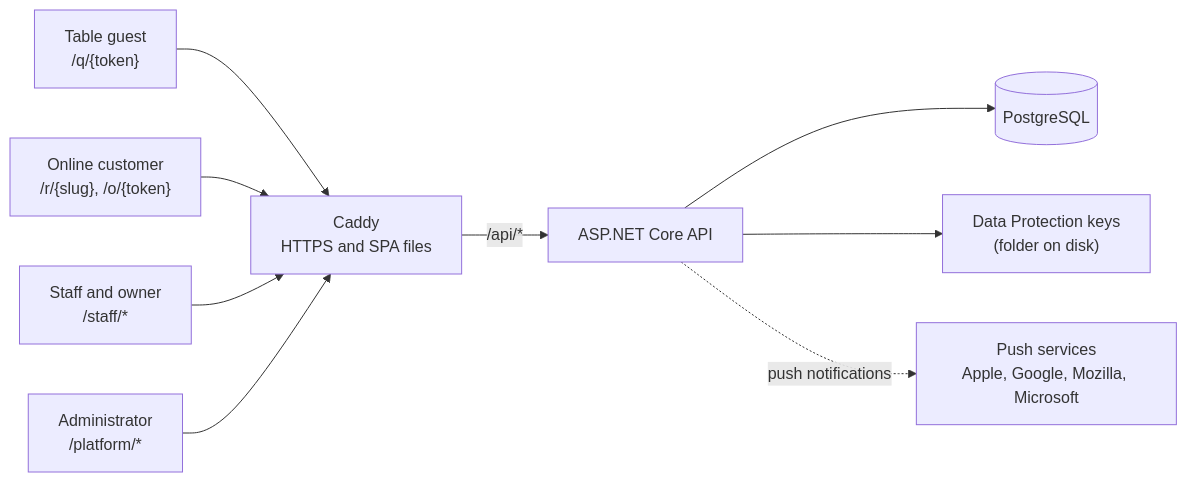
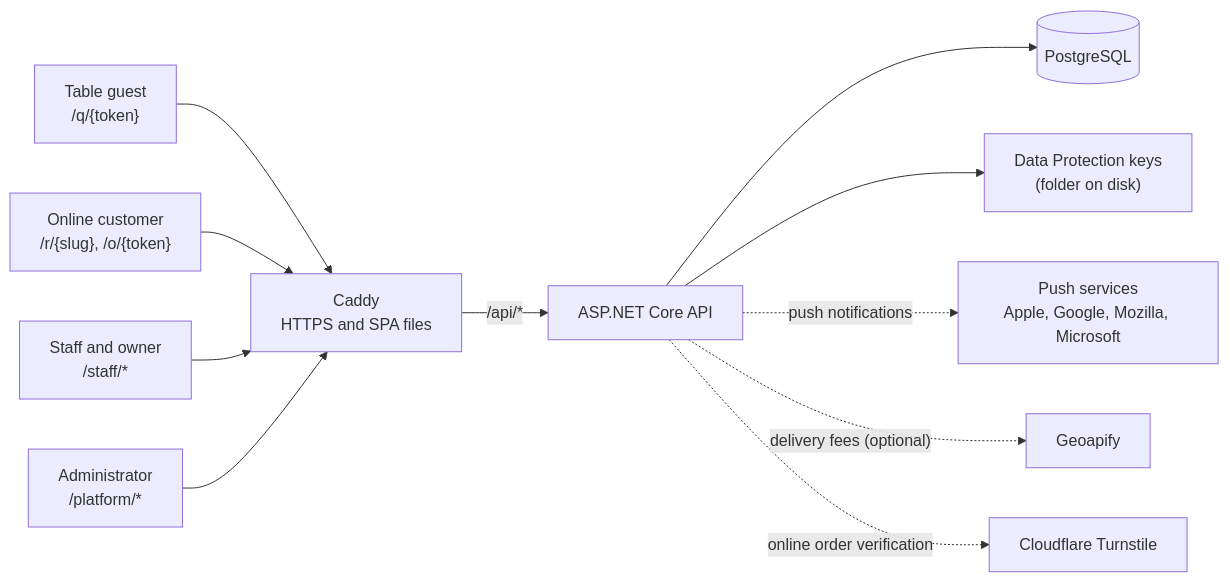
One commit to lorenzoyang/TavoloFlow changed the first of 5 diagrams in docs/en/development-notes.md. Above: the diagram before and after it, drawn with Mermaid. The commit also changed other lines of this file and 19 other files, not shown here.

````diff
--- a/docs/en/development-notes.md
+++ b/docs/en/development-notes.md
@@ -107,11 +107,13 @@
 ```mermaid
 flowchart LR
   G["Table guest<br>/q/{token}"] --> C
   O["Online customer<br>/r/{slug}, /o/{token}"] --> C
   S["Staff and owner<br>/staff/*"] --> C
   P["Administrator<br>/platform/*"] --> C
   C["Caddy<br>HTTPS and SPA files"] -->|"/api/*"| A["ASP.NET Core API"]
   A --> D[("PostgreSQL")]
   A --> K["Data Protection keys<br>(folder on disk)"]
   A -.->|"push notifications"| N["Push services<br>Apple, Google, Mozilla, Microsoft"]
+  A -.->|"delivery fees (optional)"| Q["Geoapify"]
+  A -.->|"online order verification"| T["Cloudflare Turnstile"]
 ```
````
